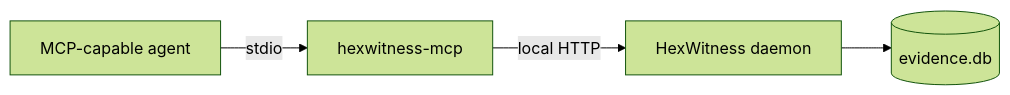
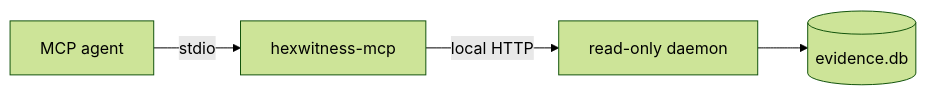
One commit to siaginw/HexWitness changed the diagram in docs/MCP.md. Above: the diagram before and after it, drawn with Mermaid (forest theme). The commit also changed other lines of this file and 15 other files, not shown here.

````diff
--- a/docs/MCP.md
+++ b/docs/MCP.md
@@ -5,6 +3,6 @@
 ```mermaid
 flowchart LR
-  A["MCP-capable agent"] -->|stdio| M["hexwitness-mcp"]
-  M -->|local HTTP| D["HexWitness daemon"]
+  A["MCP agent"] -->|stdio| M["hexwitness-mcp"]
+  M -->|local HTTP| D["read-only daemon"]
   D --> E[("evidence.db")]
 ```
````
